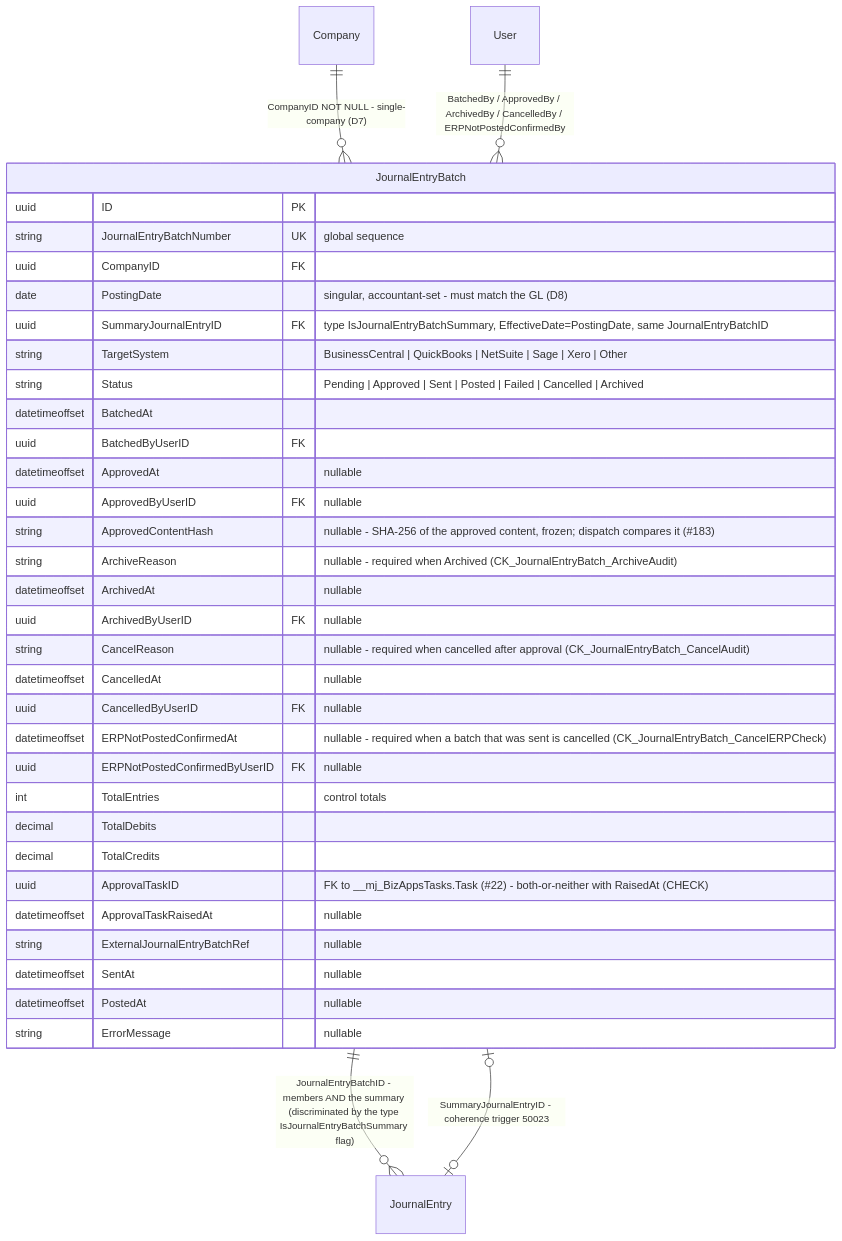
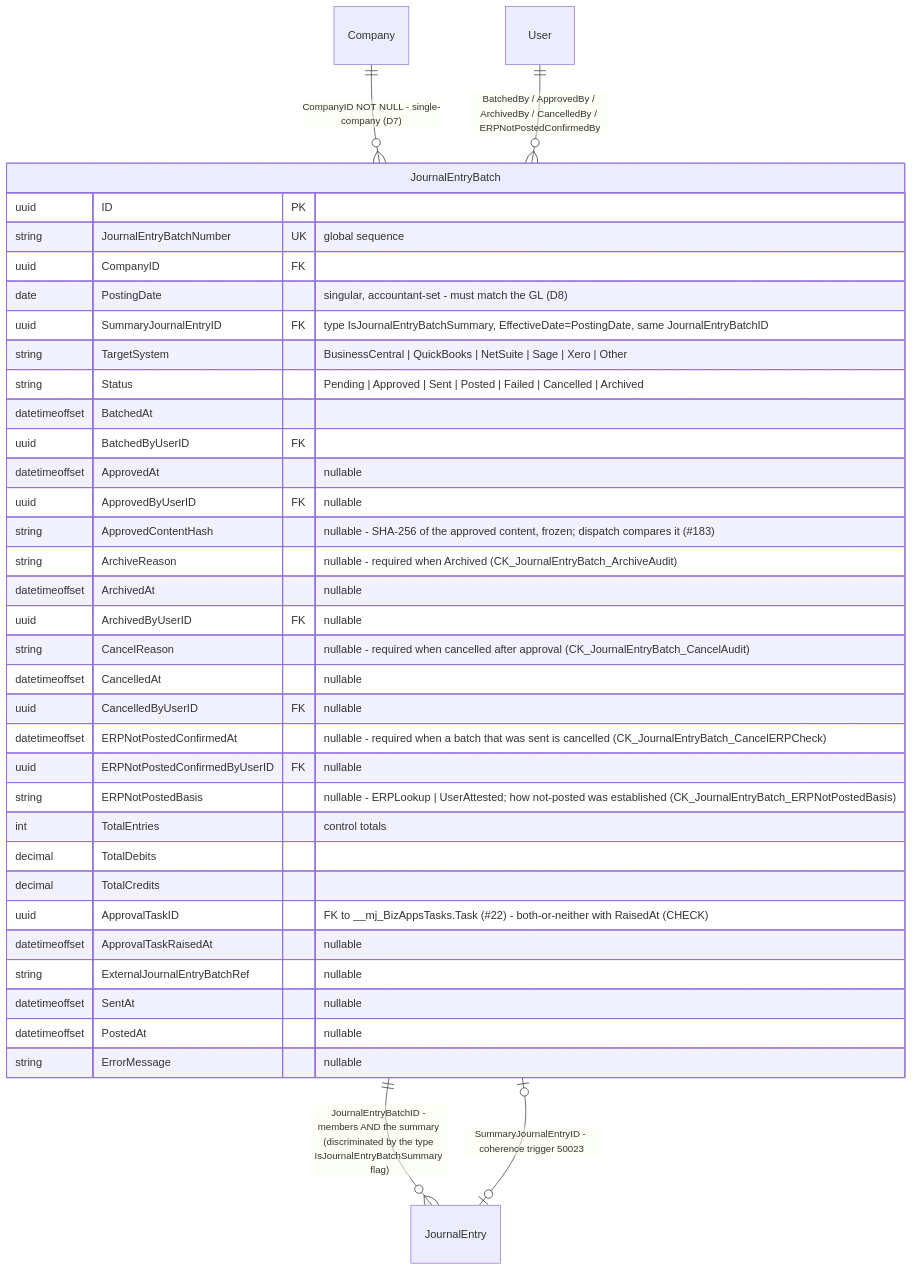
The eighth of 13 diagrams in docs/bizapps-accounting-erd.md (MemberJunction/bizapps-accounting), drawn with Mermaid before and after one commit. The commit also changed other lines of this file and 15 other files, not shown here.

First line of the commit message:
fix(batch): #183 review — prior status on the Task comment, ERP-check basis, stricter status and audit rules

````diff
--- a/docs/bizapps-accounting-erd.md
+++ b/docs/bizapps-accounting-erd.md
@@ -730,39 +731,40 @@
 ```mermaid
 erDiagram
     Company ||--o{ JournalEntryBatch : "CompanyID NOT NULL - single-company (D7)"
     JournalEntryBatch ||--o{ JournalEntry : "JournalEntryBatchID - members AND the summary (discriminated by the type IsJournalEntryBatchSummary flag)"
     JournalEntryBatch |o--o| JournalEntry : "SummaryJournalEntryID - coherence trigger 50023"
     User ||--o{ JournalEntryBatch : "BatchedBy / ApprovedBy / ArchivedBy / CancelledBy / ERPNotPostedConfirmedBy"
 
     JournalEntryBatch {
         uuid ID PK
         string JournalEntryBatchNumber UK "global sequence"
         uuid CompanyID FK
         date PostingDate "singular, accountant-set - must match the GL (D8)"
         uuid SummaryJournalEntryID FK "type IsJournalEntryBatchSummary, EffectiveDate=PostingDate, same JournalEntryBatchID"
         string TargetSystem "BusinessCentral | QuickBooks | NetSuite | Sage | Xero | Other"
         string Status "Pending | Approved | Sent | Posted | Failed | Cancelled | Archived"
         datetimeoffset BatchedAt
         uuid BatchedByUserID FK
         datetimeoffset ApprovedAt "nullable"
         uuid ApprovedByUserID FK "nullable"
         string ApprovedContentHash "nullable - SHA-256 of the approved content, frozen; dispatch compares it (#183)"
         string ArchiveReason "nullable - required when Archived (CK_JournalEntryBatch_ArchiveAudit)"
         datetimeoffset ArchivedAt "nullable"
         uuid ArchivedByUserID FK "nullable"
         string CancelReason "nullable - required when cancelled after approval (CK_JournalEntryBatch_CancelAudit)"
         datetimeoffset CancelledAt "nullable"
         uuid CancelledByUserID FK "nullable"
         datetimeoffset ERPNotPostedConfirmedAt "nullable - required when a batch that was sent is cancelled (CK_JournalEntryBatch_CancelERPCheck)"
         uuid ERPNotPostedConfirmedByUserID FK "nullable"
+        string ERPNotPostedBasis "nullable - ERPLookup | UserAttested; how not-posted was established (CK_JournalEntryBatch_ERPNotPostedBasis)"
         int TotalEntries "control totals"
         decimal TotalDebits
         decimal TotalCredits
         uuid ApprovalTaskID "FK to __mj_BizAppsTasks.Task (#22) - both-or-neither with RaisedAt (CHECK)"
         datetimeoffset ApprovalTaskRaisedAt "nullable"
         string ExternalJournalEntryBatchRef "nullable"
         datetimeoffset SentAt "nullable"
         datetimeoffset PostedAt "nullable"
         string ErrorMessage "nullable"
     }
 ```
````
